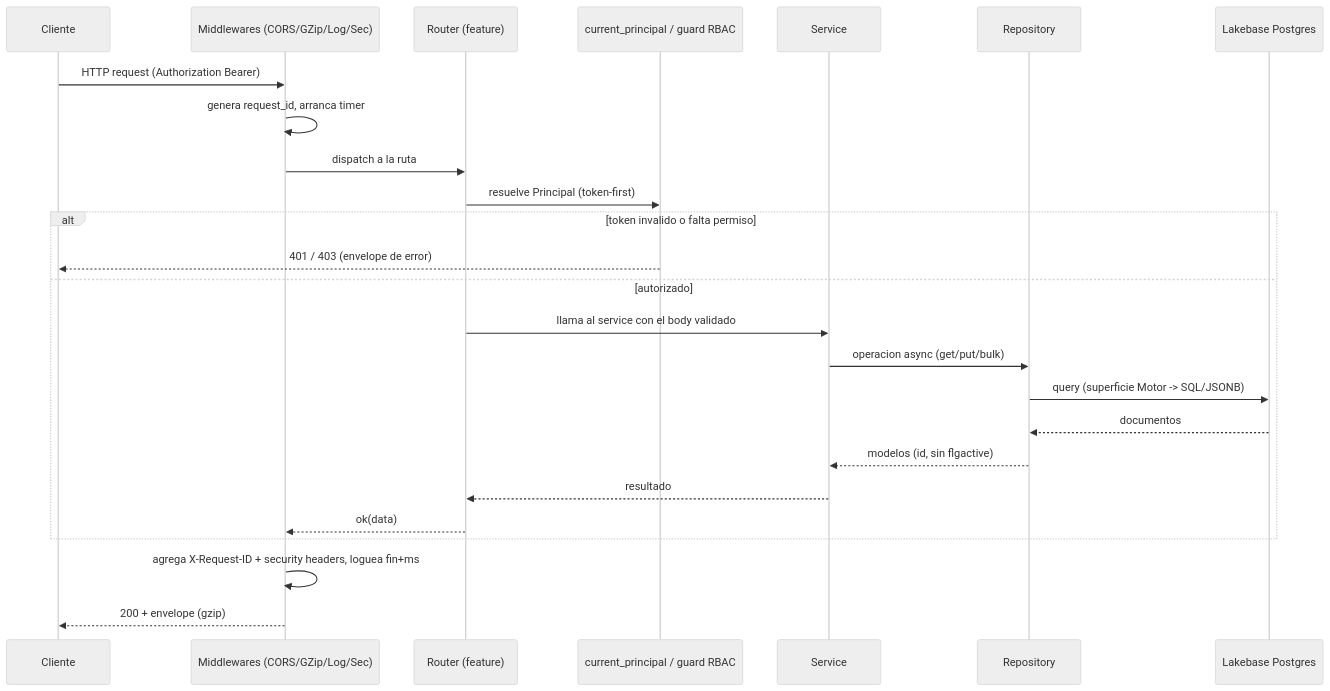
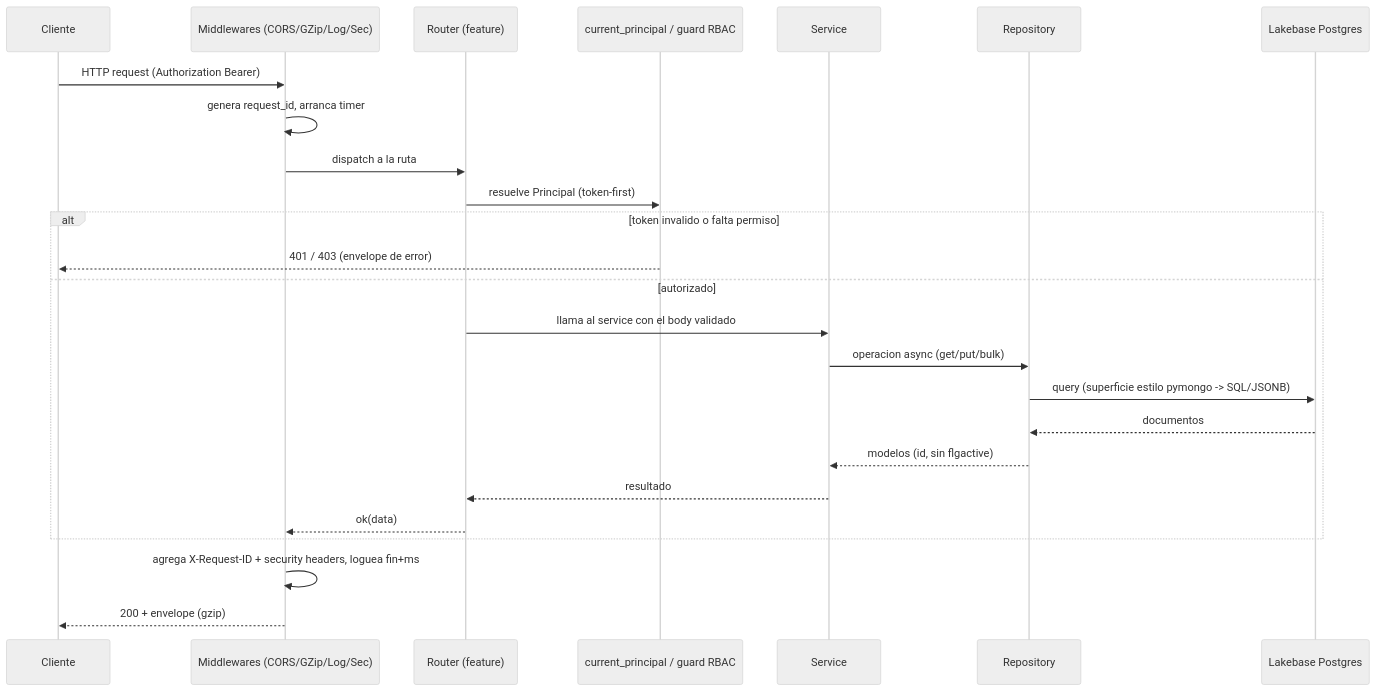
One commit to Carlosmps97/backend-data-model-hub changed the second of 7 diagrams in doc/arquitectura.md. Above: the diagram before and after it, drawn with Mermaid (neutral theme). The commit also changed other lines of this file and 67 other files, not shown here.

````diff
--- a/doc/arquitectura.md
+++ b/doc/arquitectura.md
@@ -251,28 +249,28 @@
 ```mermaid
 sequenceDiagram
     participant C as Cliente
     participant MW as Middlewares (CORS/GZip/Log/Sec)
     participant RT as Router (feature)
     participant AUTH as current_principal / guard RBAC
     participant SV as Service
     participant RP as Repository
     participant DB as Lakebase Postgres
 
     C->>MW: HTTP request (Authorization Bearer)
     MW->>MW: genera request_id, arranca timer
     MW->>RT: dispatch a la ruta
     RT->>AUTH: resuelve Principal (token-first)
     alt token invalido o falta permiso
         AUTH-->>C: 401 / 403 (envelope de error)
     else autorizado
         RT->>SV: llama al service con el body validado
         SV->>RP: operacion async (get/put/bulk)
-        RP->>DB: query (superficie Motor -> SQL/JSONB)
+        RP->>DB: query (superficie estilo pymongo -> SQL/JSONB)
         DB-->>RP: documentos
         RP-->>SV: modelos (id, sin flgactive)
         SV-->>RT: resultado
         RT-->>MW: ok(data)
     end
     MW->>MW: agrega X-Request-ID + security headers, loguea fin+ms
     MW-->>C: 200 + envelope (gzip)
 ```
````
